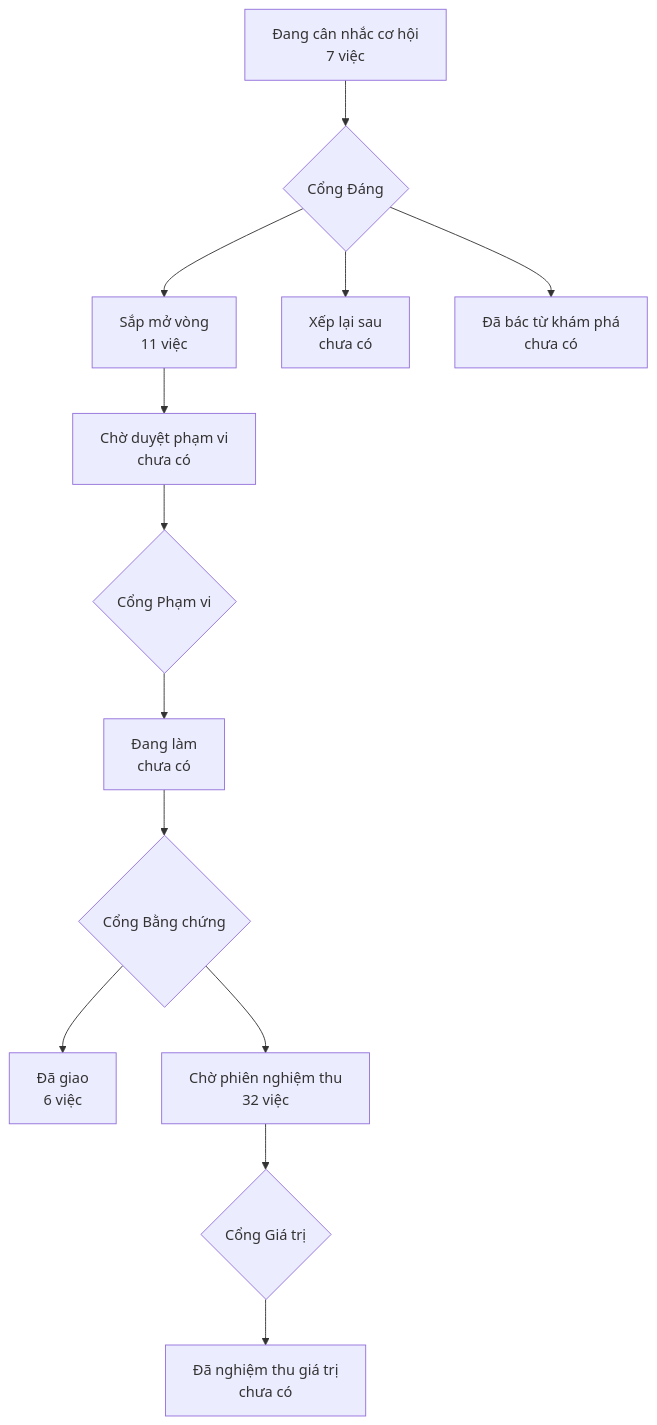
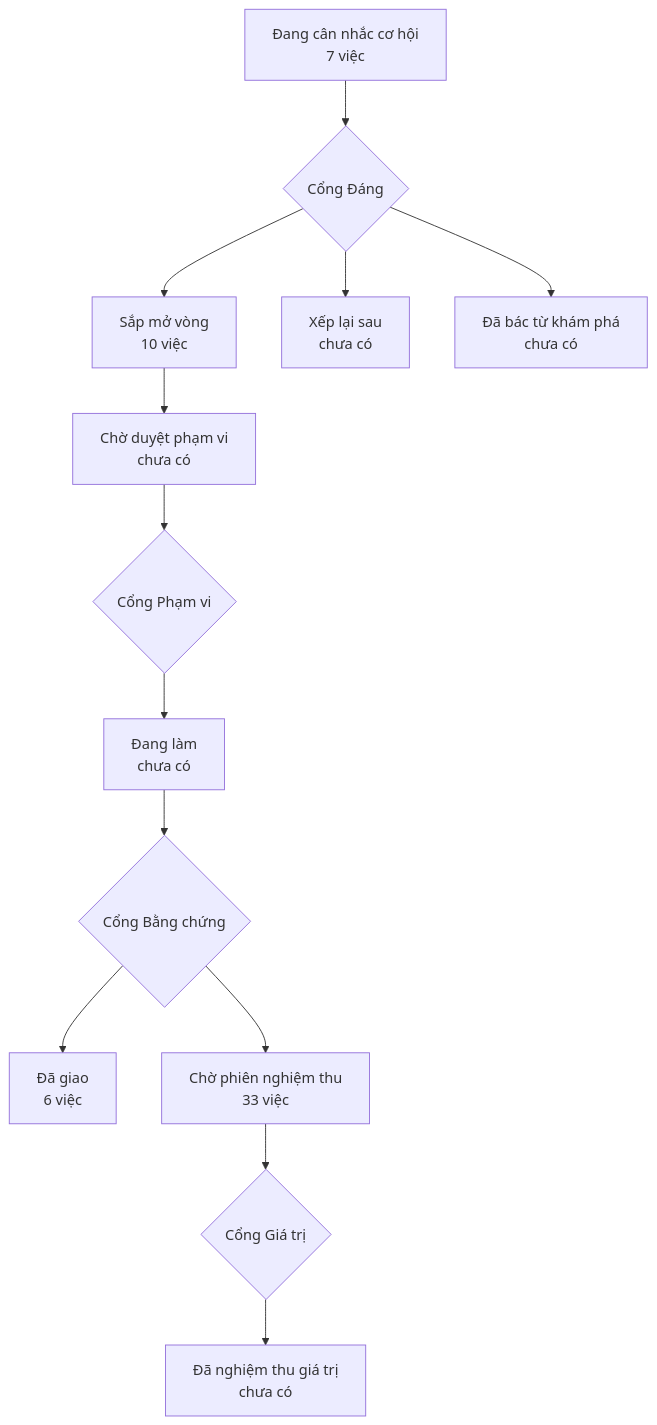
One commit to phanlemanh/onehub-quy-hang changed the diagram in PRODUCT-MAP.md. Above: the diagram before and after it, drawn with Mermaid. The commit also changed other lines of this file and 1 other file, not shown here.

Commit message:
chore: vẽ lại bản đồ và trang lộ trình sau gộp main

````diff
--- a/PRODUCT-MAP.md
+++ b/PRODUCT-MAP.md
@@ -7,12 +7,12 @@
 ```mermaid
 flowchart TD
   A["Đang cân nhắc cơ hội<br/>7 việc"] --> GD{"Cổng Đáng"}
-  GD --> B["Sắp mở vòng<br/>11 việc"]
+  GD --> B["Sắp mở vòng<br/>10 việc"]
   GD --> XL["Xếp lại sau<br/>chưa có"]
   GD --> DB["Đã bác từ khám phá<br/>chưa có"]
   B --> CD["Chờ duyệt phạm vi<br/>chưa có"] --> GP{"Cổng Phạm vi"}
   GP --> DL["Đang làm<br/>chưa có"] --> GB{"Cổng Bằng chứng"}
   GB --> DG["Đã giao<br/>6 việc"]
-  GB --> CN["Chờ phiên nghiệm thu<br/>32 việc"] --> GG{"Cổng Giá trị"}
+  GB --> CN["Chờ phiên nghiệm thu<br/>33 việc"] --> GG{"Cổng Giá trị"}
   GG --> NT["Đã nghiệm thu giá trị<br/>chưa có"]
 ```
````
